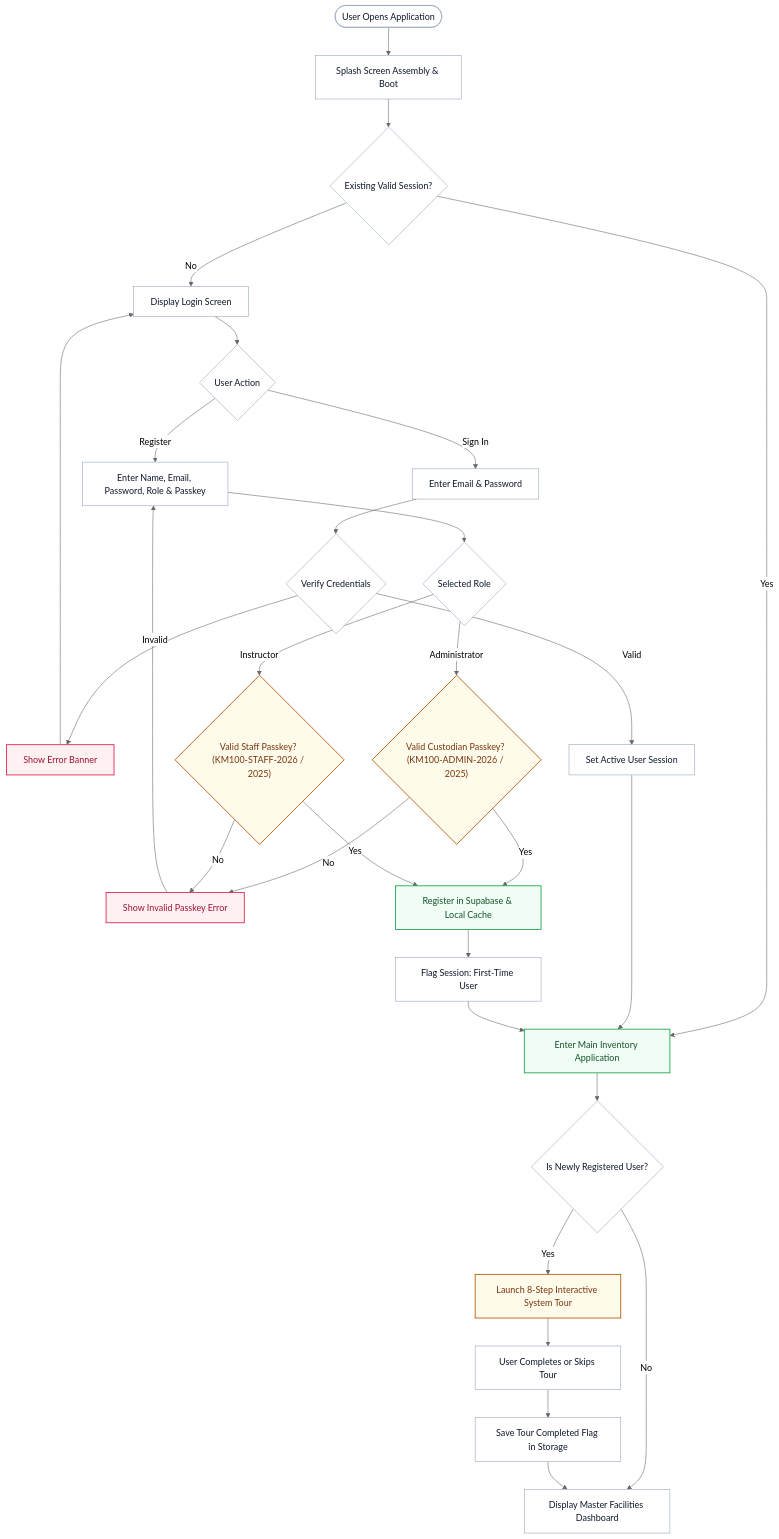
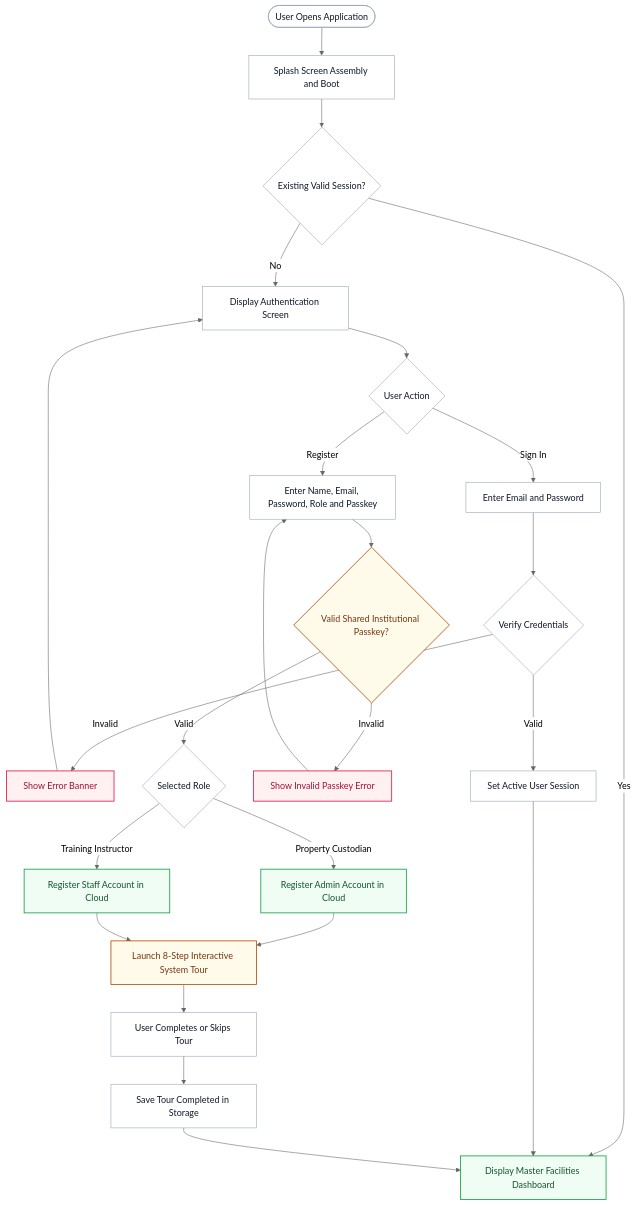
The third of 5 diagrams in docs/APP_FLOWCHART.md (kai-zze/KM100-Stock), drawn with Mermaid (neutral theme) before and after one commit. The commit also changed other lines of this file and 9 other files, not shown here.

Commit message:
docs: adapt flowcharts for bond paper layout and shared passkey architecture

````diff
--- a/docs/APP_FLOWCHART.md
+++ b/docs/APP_FLOWCHART.md
@@ -146,53 +153,43 @@
 ```mermaid
 flowchart TD
-    Start(["User Opens Application"]) --> Splash["Splash Screen Assembly & Boot"]
+    Start([User Opens Application]) --> Splash["Splash Screen Assembly and Boot"]
     Splash --> CheckSession{"Existing Valid Session?"}
 
-    CheckSession -->|Yes| MainApp["Enter Main Inventory Application"]
-    CheckSession -->|No| LoginScreen["Display Login Screen"]
+    CheckSession -->|Yes| NormalDashboard["Display Master Facilities Dashboard"]
+    CheckSession -->|No| LoginScreen["Display Authentication Screen"]
 
     LoginScreen --> ModeChoice{"User Action"}
 
-    %% Sign In Branch
-    ModeChoice -->|Sign In| EnterCreds["Enter Email & Password"]
+    ModeChoice -->|Sign In| EnterCreds["Enter Email and Password"]
     EnterCreds --> VerifyAuth{"Verify Credentials"}
     VerifyAuth -->|Invalid| LoginError["Show Error Banner"]
     LoginError --> LoginScreen
     VerifyAuth -->|Valid| SetSession["Set Active User Session"]
-    SetSession --> MainApp
+    SetSession --> NormalDashboard
 
-    %% Sign Up Branch
-    ModeChoice -->|Register| EnterReg["Enter Name, Email, Password, Role & Passkey"]
-    EnterReg --> CheckRole{"Selected Role"}
+    ModeChoice -->|Register| EnterReg["Enter Name, Email, Password, Role and Passkey"]
+    EnterReg --> CheckSharedPasskey{"Valid Shared Institutional Passkey?"}
 
-    CheckRole -->|Administrator| CheckAdminPasskey{"Valid Custodian Passkey? (KM100-ADMIN-2026 / 2025)"}
-    CheckRole -->|Instructor| CheckStaffPasskey{"Valid Staff Passkey? (KM100-STAFF-2026 / 2025)"}
-
-    CheckAdminPasskey -->|No| PasskeyError["Show Invalid Passkey Error"]
-    CheckStaffPasskey -->|No| PasskeyError
+    CheckSharedPasskey -->|Invalid| PasskeyError["Show Invalid Passkey Error"]
     PasskeyError --> EnterReg
 
-    CheckAdminPasskey -->|Yes| CreateCloudAccount["Register in Supabase & Local Cache"]
-    CheckStaffPasskey -->|Yes| CreateCloudAccount
+    CheckSharedPasskey -->|Valid| SelectRole{"Selected Role"}
+    SelectRole -->|Property Custodian| CreateAdmin["Register Admin Account in Cloud"]
+    SelectRole -->|Training Instructor| CreateStaff["Register Staff Account in Cloud"]
 
-    CreateCloudAccount --> SetNewUserFlag["Flag Session: First-Time User"]
-    SetNewUserFlag --> MainApp
-
-    %% Onboarding Check
-    MainApp --> CheckNewUser{"Is Newly Registered User?"}
-    CheckNewUser -->|Yes| OnboardingTour["Launch 8-Step Interactive System Tour"]
-    CheckNewUser -->|No| NormalDashboard["Display Master Facilities Dashboard"]
+    CreateAdmin --> OnboardingTour["Launch 8-Step Interactive System Tour"]
+    CreateStaff --> OnboardingTour
 
     OnboardingTour --> CompleteTour["User Completes or Skips Tour"]
-    CompleteTour --> SaveTourDone["Save Tour Completed Flag in Storage"]
+    CompleteTour --> SaveTourDone["Save Tour Completed in Storage"]
     SaveTourDone --> NormalDashboard
 
     classDef default fill:#ffffff,stroke:#94a3b8,stroke-width:1px,color:#0f172a;
     classDef amber fill:#fffbeb,stroke:#b45309,stroke-width:1.5px,color:#78350f;
     classDef rose fill:#fff1f2,stroke:#e11d48,stroke-width:1.5px,color:#9f1239;
     classDef emerald fill:#f0fdf4,stroke:#16a34a,stroke-width:1.5px,color:#14532d;
 
-    class OnboardingTour,CheckAdminPasskey,CheckStaffPasskey amber;
+    class OnboardingTour,CheckSharedPasskey amber;
     class PasskeyError,LoginError rose;
-    class CreateCloudAccount,MainApp emerald;
+    class CreateAdmin,CreateStaff,NormalDashboard emerald;
 ```
````
